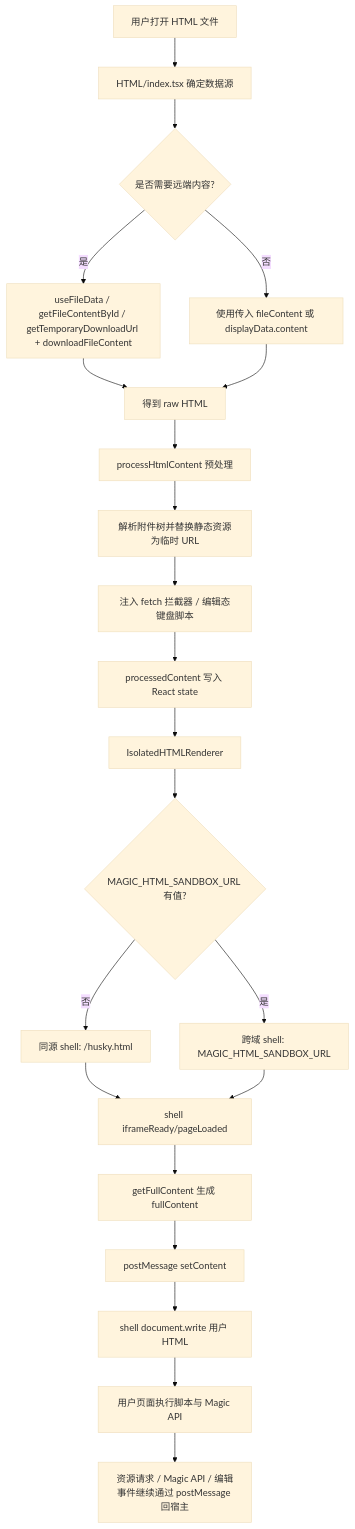
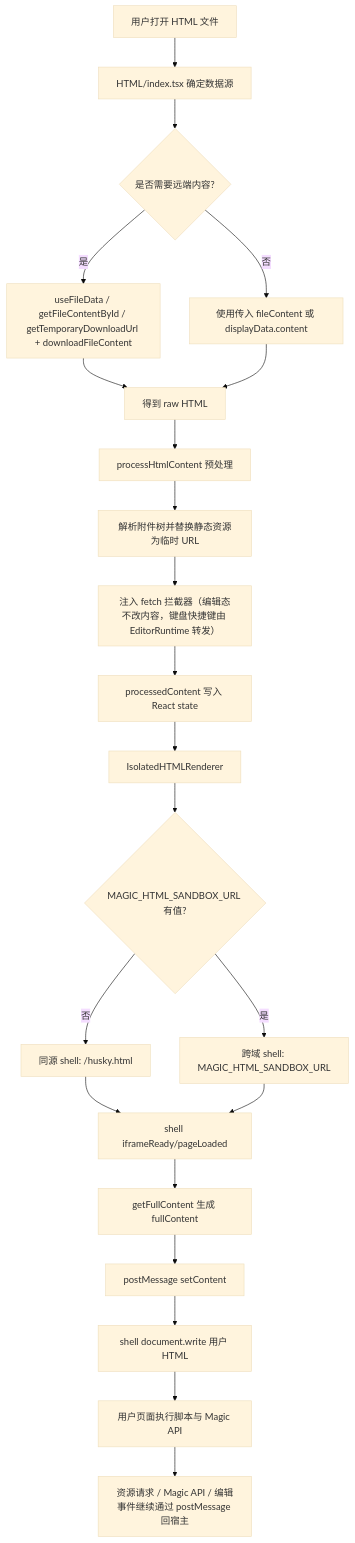
One commit to CloudEngineHub/magic changed the first of 10 diagrams in frontend/magic-web/src/pages/superMagic/components/Detail/contents/HTML/docs/html-iframe-runtime-flow-spec.md. Above: the diagram before and after it, drawn with Mermaid (base theme). The commit also changed 8 other files, not shown here.

````diff
--- a/frontend/magic-web/src/pages/superMagic/components/Detail/contents/HTML/docs/html-iframe-runtime-flow-spec.md
+++ b/frontend/magic-web/src/pages/superMagic/components/Detail/contents/HTML/docs/html-iframe-runtime-flow-spec.md
@@ -39,24 +39,24 @@
 ```mermaid
 flowchart TD
     A["用户打开 HTML 文件"] --> B["HTML/index.tsx 确定数据源"]
     B --> C{"是否需要远端内容?"}
     C -->|"是"| D["useFileData / getFileContentById / getTemporaryDownloadUrl + downloadFileContent"]
     C -->|"否"| E["使用传入 fileContent 或 displayData.content"]
     D --> F["得到 raw HTML"]
     E --> F
     F --> G["processHtmlContent 预处理"]
     G --> H["解析附件树并替换静态资源为临时 URL"]
-    H --> I["注入 fetch 拦截器 / 编辑态键盘脚本"]
+    H --> I["注入 fetch 拦截器（编辑态不改内容，键盘快捷键由 EditorRuntime 转发）"]
     I --> J["processedContent 写入 React state"]
     J --> K["IsolatedHTMLRenderer"]
     K --> L{"MAGIC_HTML_SANDBOX_URL 有值?"}
     L -->|"否"| M["同源 shell: /husky.html"]
     L -->|"是"| N["跨域 shell: MAGIC_HTML_SANDBOX_URL"]
     M --> O["shell iframeReady/pageLoaded"]
     N --> O
     O --> P["getFullContent 生成 fullContent"]
     P --> Q["postMessage setContent"]
     Q --> R["shell document.write 用户 HTML"]
     R --> S["用户页面执行脚本与 Magic API"]
     S --> T["资源请求 / Magic API / 编辑事件继续通过 postMessage 回宿主"]
 ```
````
